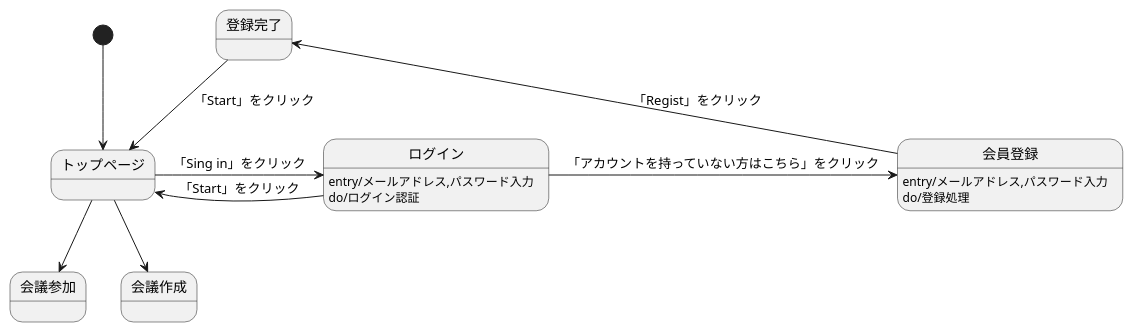
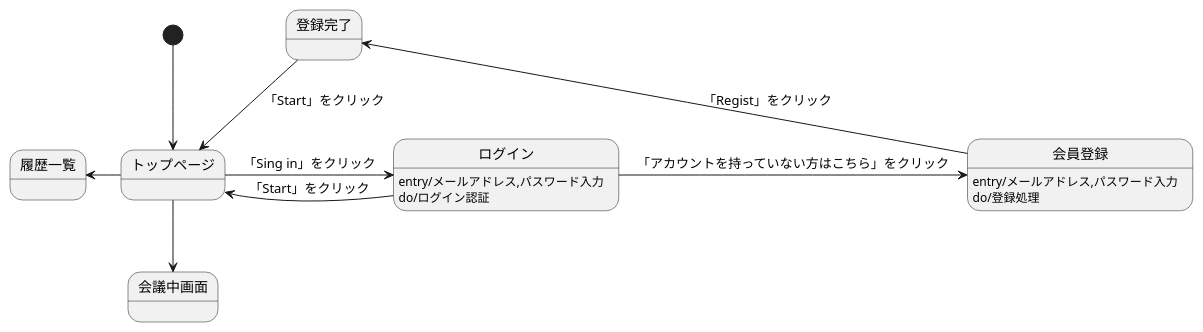
One commit to Aso2001031/2021sys-design changed the diagram in 画面遷移図.md. Above: the diagram before and after it, drawn with PlantUML.

````diff
--- a/画面遷移図.md
+++ b/画面遷移図.md
@@ -1,24 +1,24 @@
 ```uml
 @startuml
 
 [*] -down-> トップページ
 
 
 トップページ -right-> ログイン :「Sing in」をクリック
-トップページ -down-> 会議参加
-トップページ -down-> 会議作成
+トップページ -left-> 履歴一覧
+トップページ -down-> 会議中画面
 
 
 ログイン : entry/メールアドレス,パスワード入力
 ログイン : do/ログイン認証
 ログイン -left-> トップページ :「Start」をクリック
 ログイン -right-> 会員登録 :「アカウントを持っていない方はこちら」をクリック
 
 会員登録 : entry/メールアドレス,パスワード入力
 会員登録 : do/登録処理
 会員登録 -up-> 登録完了 : 「Regist」をクリック
 
 登録完了 -> トップページ :「Start」をクリック
 
 @enduml
 ```
````
